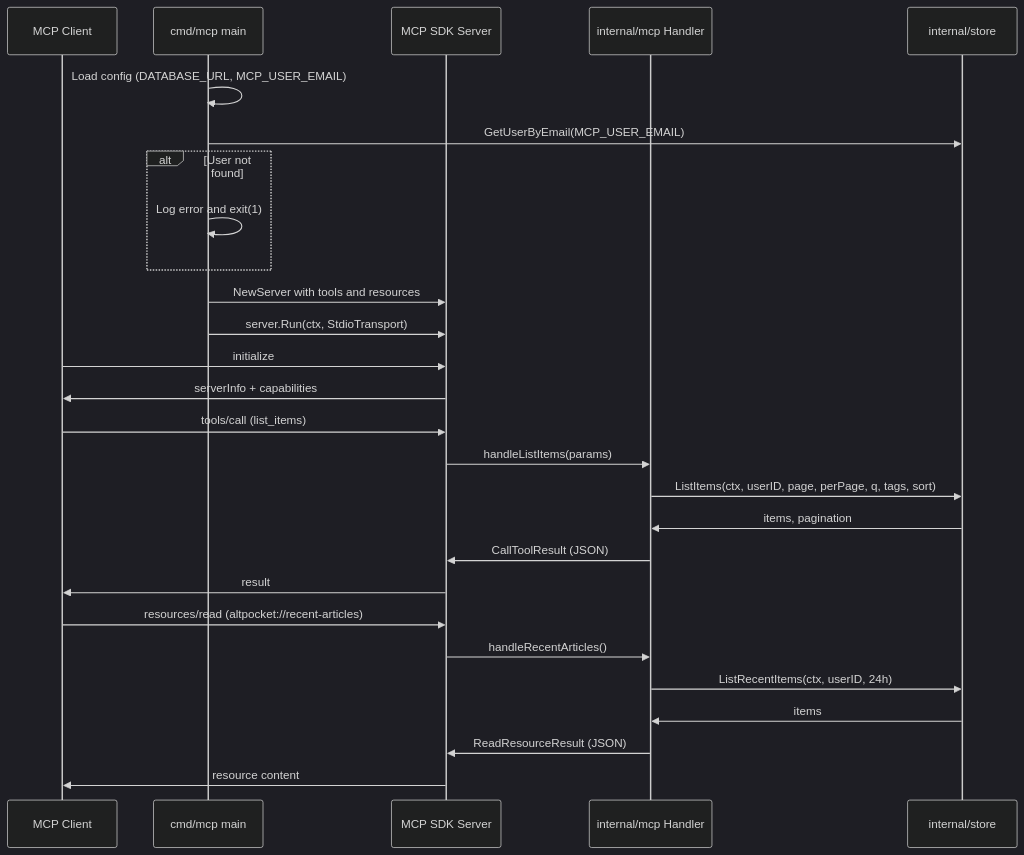
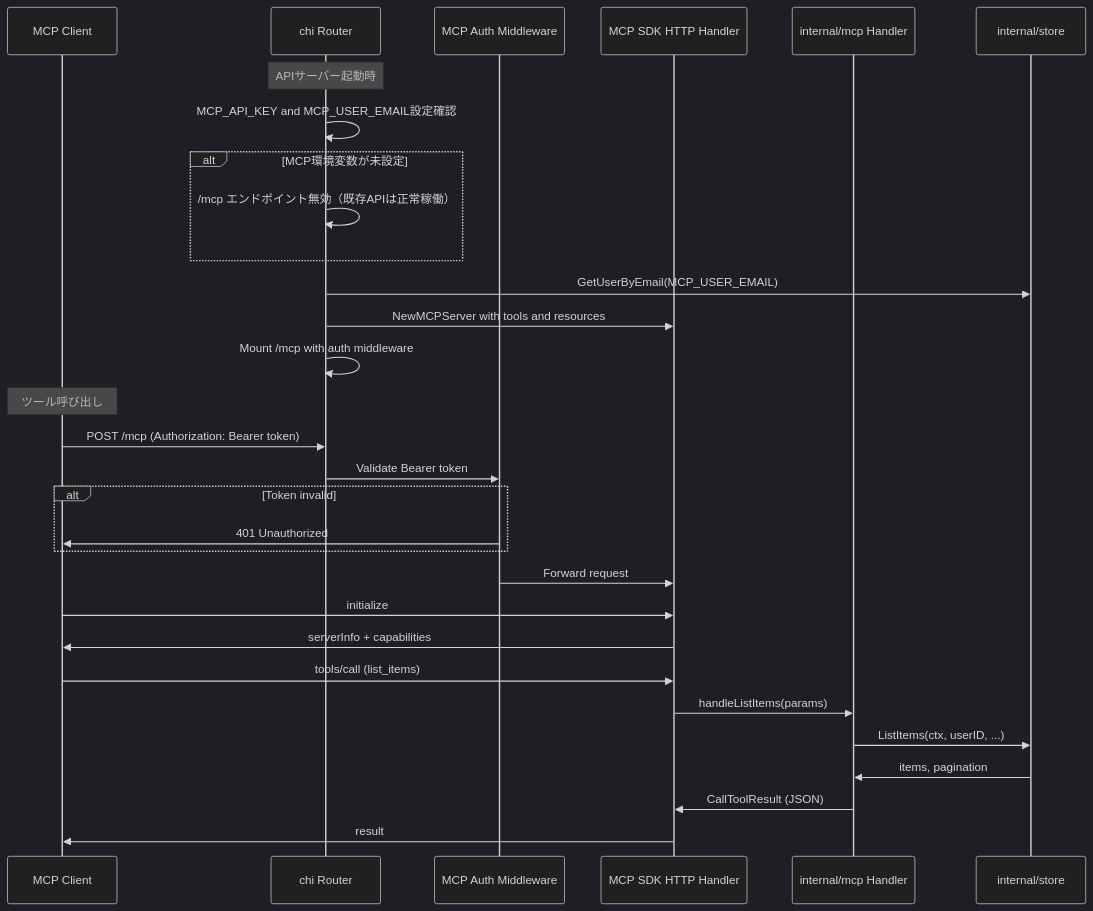
The second of 2 diagrams in .kiro/specs/mcp-article-features/design.md (hitoshiichikawa/altpocket-server), drawn with Mermaid (dark theme) before and after one commit. The commit also changed other lines of this file and 2 other files, not shown here.

````diff
--- a/.kiro/specs/mcp-article-features/design.md
+++ b/.kiro/specs/mcp-article-features/design.md
@@ -91,33 +97,35 @@
 ```mermaid
 sequenceDiagram
     participant Client as MCP Client
-    participant Main as cmd/mcp main
-    participant SDK as MCP SDK Server
+    participant Router as chi Router
+    participant Auth as MCP Auth Middleware
+    participant SDK as MCP SDK HTTP Handler
     participant Handler as internal/mcp Handler
     participant Store as internal/store
 
-    Main->>Main: Load config (DATABASE_URL, MCP_USER_EMAIL)
-    Main->>Store: GetUserByEmail(MCP_USER_EMAIL)
-    alt User not found
-        Main->>Main: Log error and exit(1)
+    Note over Router: APIサーバー起動時
+    Router->>Router: MCP_API_KEY and MCP_USER_EMAIL設定確認
+    alt MCP環境変数が未設定
+        Router->>Router: /mcp エンドポイント無効（既存APIは正常稼働）
     end
-    Main->>SDK: NewServer with tools and resources
-    Main->>SDK: server.Run(ctx, StdioTransport)
+    Router->>Store: GetUserByEmail(MCP_USER_EMAIL)
+    Router->>SDK: NewMCPServer with tools and resources
+    Router->>Router: Mount /mcp with auth middleware
 
+    Note over Client: ツール呼び出し
+    Client->>Router: POST /mcp (Authorization: Bearer token)
+    Router->>Auth: Validate Bearer token
+    alt Token invalid
+        Auth->>Client: 401 Unauthorized
+    end
+    Auth->>SDK: Forward request
     Client->>SDK: initialize
     SDK->>Client: serverInfo + capabilities
 
     Client->>SDK: tools/call (list_items)
     SDK->>Handler: handleListItems(params)
-    Handler->>Store: ListItems(ctx, userID, page, perPage, q, tags, sort)
+    Handler->>Store: ListItems(ctx, userID, ...)
     Store->>Handler: items, pagination
     Handler->>SDK: CallToolResult (JSON)
     SDK->>Client: result
-
-    Client->>SDK: resources/read (altpocket://recent-articles)
-    SDK->>Handler: handleRecentArticles()
-    Handler->>Store: ListRecentItems(ctx, userID, 24h)
-    Store->>Handler: items
-    Handler->>SDK: ReadResourceResult (JSON)
-    SDK->>Client: resource content
 ```
````
